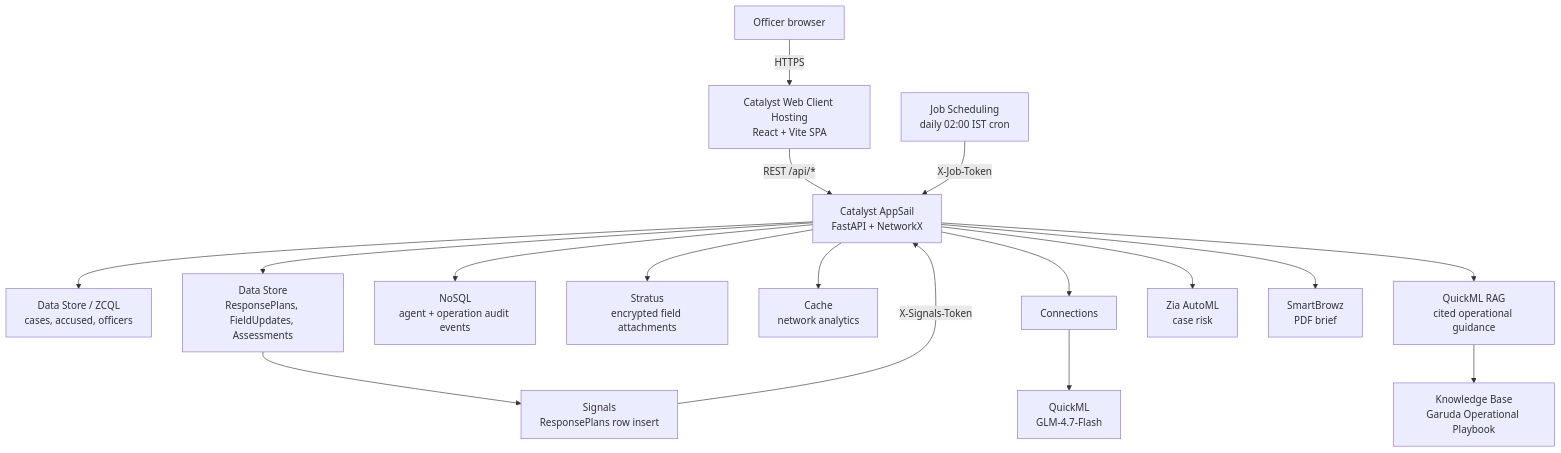
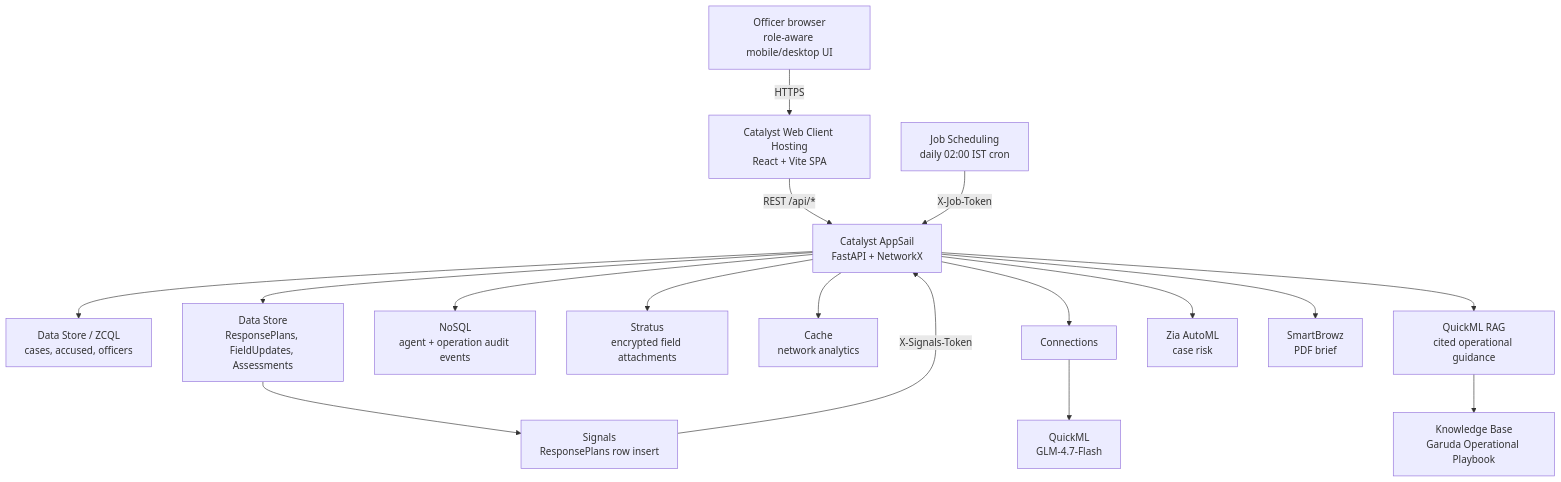
The diagram in README.md (akanthed/Project-Garuda), drawn with Mermaid before and after one commit. The commit also changed other lines of this file and 12 other files, not shown here.

````diff
--- a/README.md
+++ b/README.md
@@ -76,16 +85,16 @@
 ```mermaid
 flowchart TD
-    U["Officer browser"] -->|HTTPS| WC["Catalyst Web Client Hosting<br/>React + Vite SPA"]
+    U["Officer browser<br/>role-aware mobile/desktop UI"] -->|HTTPS| WC["Catalyst Web Client Hosting<br/>React + Vite SPA"]
     WC -->|REST /api/*| AS["Catalyst AppSail<br/>FastAPI + NetworkX"]
     AS --> DS["Data Store / ZCQL<br/>cases, accused, officers"]
     AS --> OP["Data Store<br/>ResponsePlans, FieldUpdates, Assessments"]
     AS --> NS["NoSQL<br/>agent + operation audit events"]
     AS --> ST["Stratus<br/>encrypted field attachments"]
     AS --> CA["Cache<br/>network analytics"]
     AS --> CN["Connections"] --> QM["QuickML<br/>GLM-4.7-Flash"]
     AS --> RAG["QuickML RAG<br/>cited operational guidance"] --> KB["Knowledge Base<br/>Garuda Operational Playbook"]
     AS --> ZA["Zia AutoML<br/>case risk"]
     AS --> SB["SmartBrowz<br/>PDF brief"]
     JS["Job Scheduling<br/>daily 02:00 IST cron"] -->|X-Job-Token| AS
     OP --> SG["Signals<br/>ResponsePlans row insert"] -->|X-Signals-Token| AS
 ```
````
